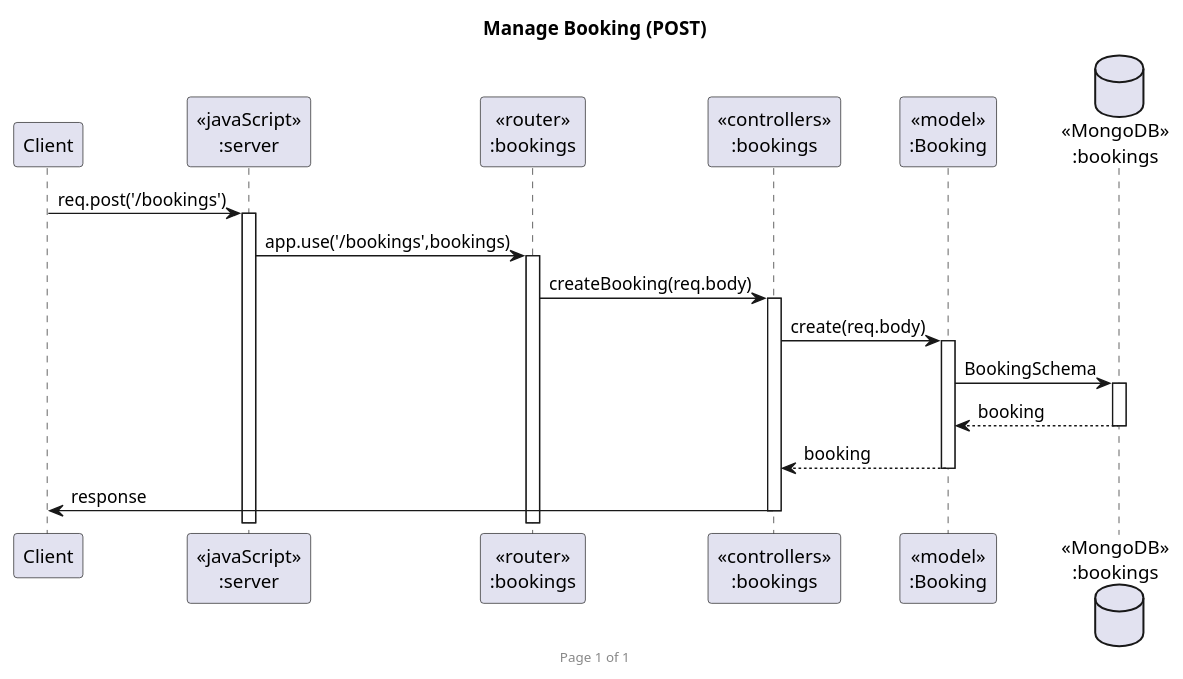
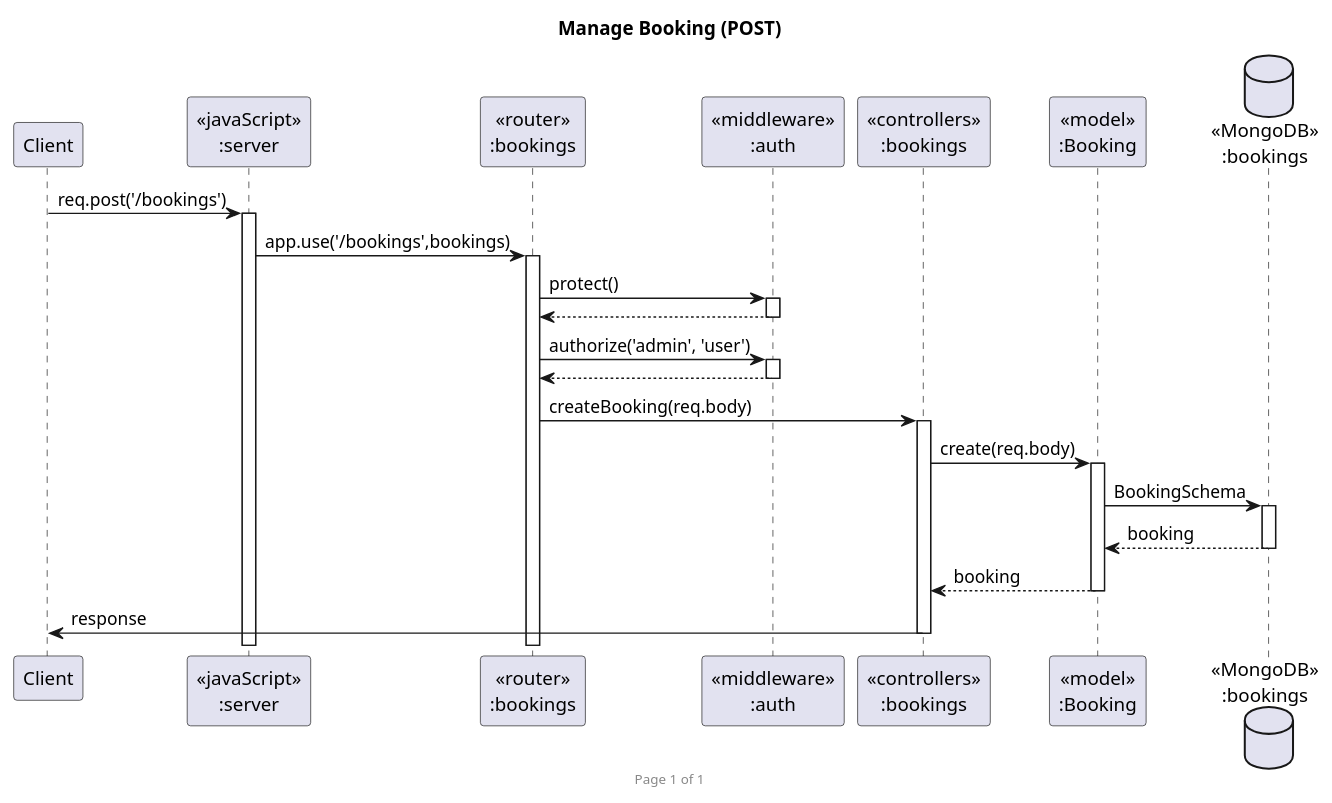
Before and after one commit to JirayutP/Dentist: the diagram in Diagram/createBook_seq.puml, drawn with PlantUML. The commit also changed 4 other files, not shown here.

```diff
--- a/Diagram/createBook_seq.puml
+++ b/Diagram/createBook_seq.puml
@@ -1,22 +1,27 @@
 @startuml Manage Booking (POST)
 
 footer Page %page% of %lastpage%
 title "Manage Booking (POST)"
 
 participant "Client" as client
 participant "<<javaScript>>\n:server" as server
 participant "<<router>>\n:bookings" as routerBookings
+participant "<<middleware>>\n:auth" as middlewareAuth
 participant "<<controllers>>\n:bookings" as controllersBookings
 participant "<<model>>\n:Booking" as modelBooking
 database "<<MongoDB>>\n:bookings" as BookingsDatabase
 
 client->server ++:req.post('/bookings')
 server->routerBookings ++:app.use('/bookings',bookings)
+routerBookings -> middlewareAuth ++:protect()
+middlewareAuth --> routerBookings --:
+routerBookings -> middlewareAuth ++:authorize('admin', 'user')
+middlewareAuth --> routerBookings --:
 routerBookings -> controllersBookings ++:createBooking(req.body)
 controllersBookings->modelBooking ++:create(req.body)
 modelBooking ->BookingsDatabase ++: BookingSchema
 BookingsDatabase --> modelBooking --: booking
 controllersBookings <-- modelBooking --:booking
 controllersBookings->client --:response
 
 @enduml
```
